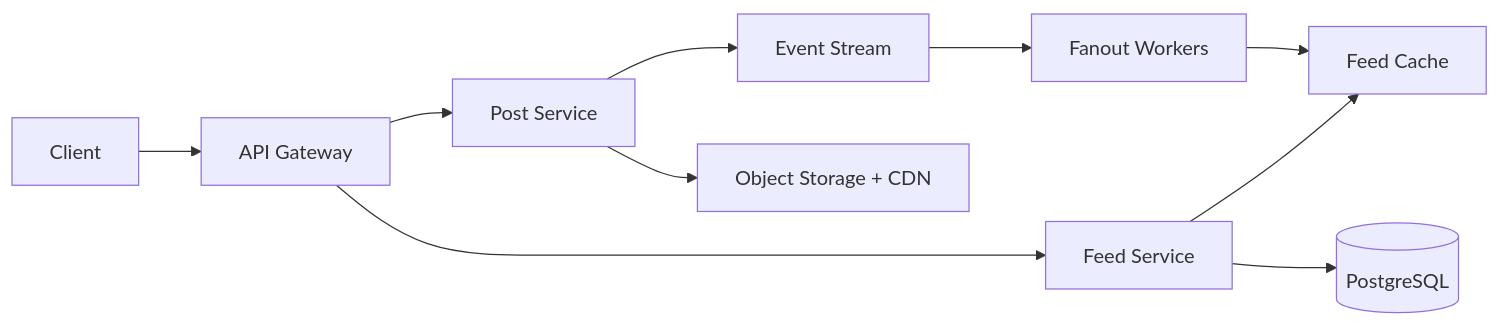
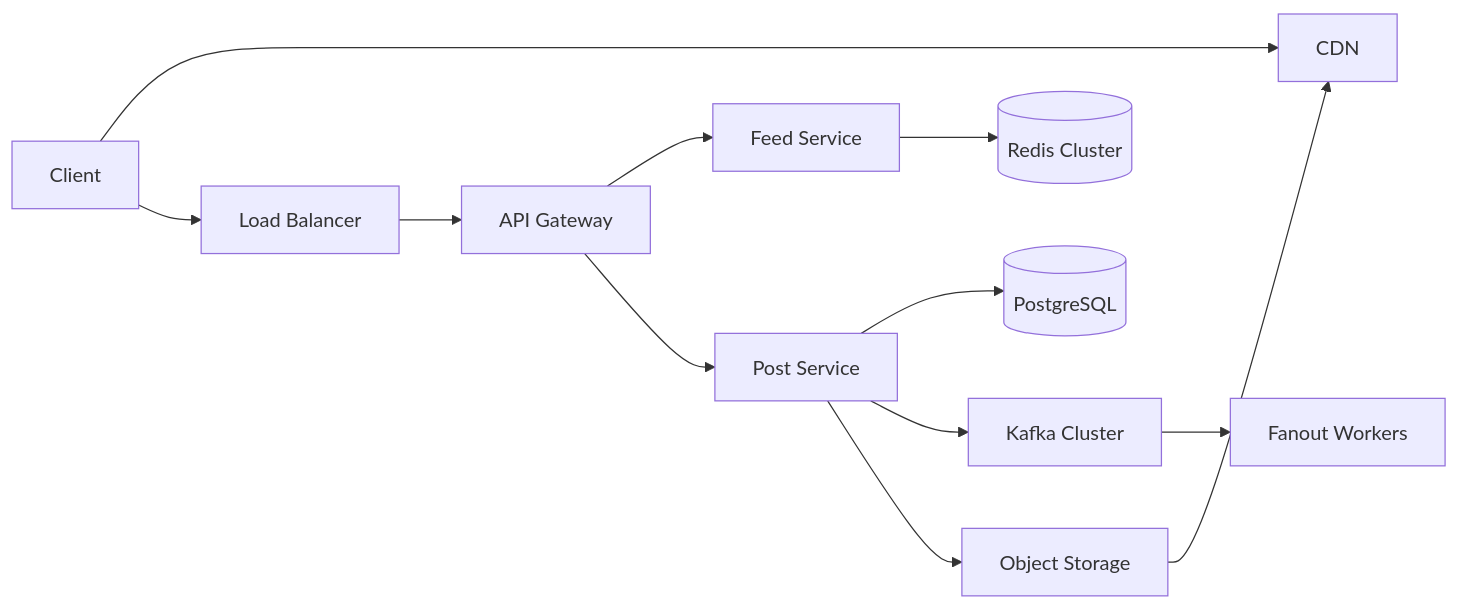
Before and after one commit to Rofikali/Portfolio-Rofik: the third of 3 diagrams in portfolio/src/content/documentation/system-design/instagram-feed.md, drawn with Mermaid. The commit also changed other lines of this file and 27 other files, not shown here.

````diff
--- a/portfolio/src/content/documentation/system-design/instagram-feed.md
+++ b/portfolio/src/content/documentation/system-design/instagram-feed.md
@@ -45,12 +268,14 @@
 ```mermaid
 flowchart LR
-  Client --> API[API Gateway]
+  Client --> CDN[CDN]
+  Client --> LB[Load Balancer]
+  LB --> API[API Gateway]
+  API --> Feed[Feed Service]
   API --> Post[Post Service]
-  API --> Feed[Feed Service]
-  Post --> Kafka[Event Stream]
+  Post --> DB[(PostgreSQL)]
+  Feed --> Redis[(Redis Cluster)]
+  Post --> Kafka[Kafka Cluster]
   Kafka --> Fanout[Fanout Workers]
-  Fanout --> Redis[Feed Cache]
-  Post --> Blob[Object Storage + CDN]
-  Feed --> Redis
-  Feed --> DB[(PostgreSQL)]
+  Post --> Object[Object Storage]
+  Object --> CDN
 ```
````
